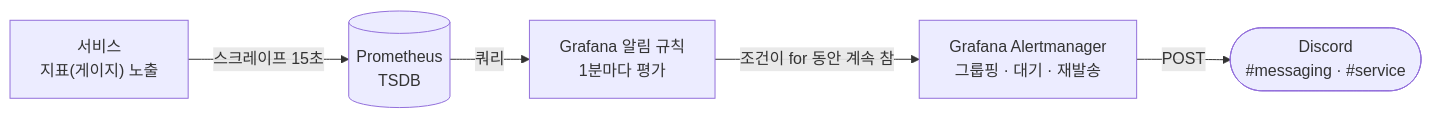
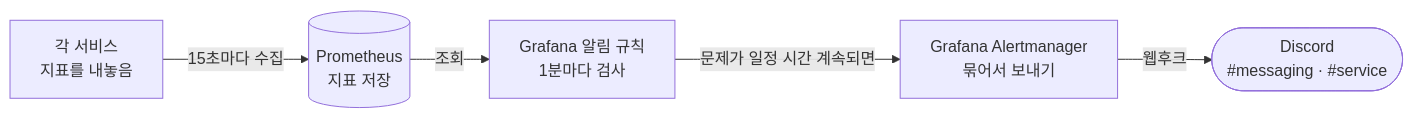
One commit to rivertw777/ModuDrive-API changed the diagram in .docs/spec/007-discord-alert-spec.md. Above: the diagram before and after it, drawn with Mermaid. The commit also changed other lines of this file and 4 other files, not shown here.

````diff
--- a/.docs/spec/007-discord-alert-spec.md
+++ b/.docs/spec/007-discord-alert-spec.md
@@ -25,13 +41,13 @@
 ```mermaid
 flowchart LR
-    M["서비스<br/>지표(게이지) 노출"]
-    P[("Prometheus<br/>TSDB")]
-    R["Grafana 알림 규칙<br/>1분마다 평가"]
-    A["Grafana Alertmanager<br/>그룹핑 · 대기 · 재발송"]
+    M["각 서비스<br/>지표를 내놓음"]
+    P[("Prometheus<br/>지표 저장")]
+    R["Grafana 알림 규칙<br/>1분마다 검사"]
+    A["Grafana Alertmanager<br/>묶어서 보내기"]
     D(["Discord<br/>#messaging · #service"])
 
-    M -- "스크레이프 15초" --> P
-    P -- "쿼리" --> R
-    R -- "조건이 for 동안 계속 참" --> A
-    A -- "POST" --> D
+    M -- "15초마다 수집" --> P
+    P -- "조회" --> R
+    R -- "문제가 일정 시간 계속되면" --> A
+    A -- "웹후크" --> D
 ```
````
